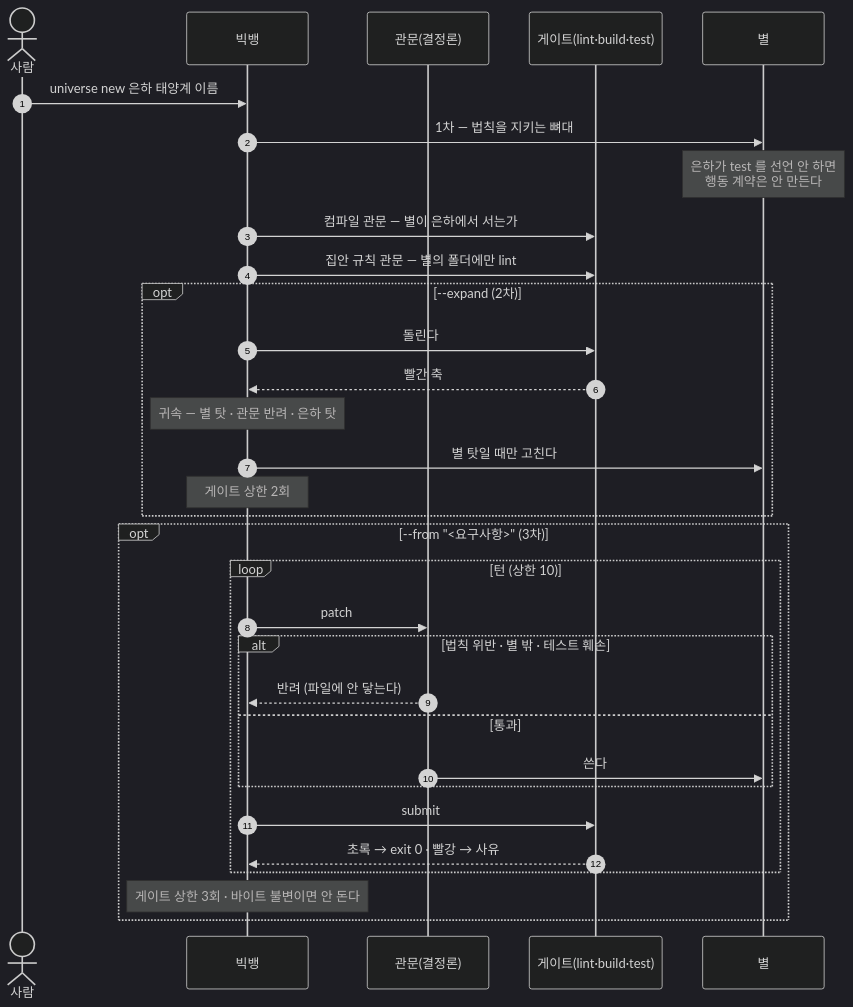
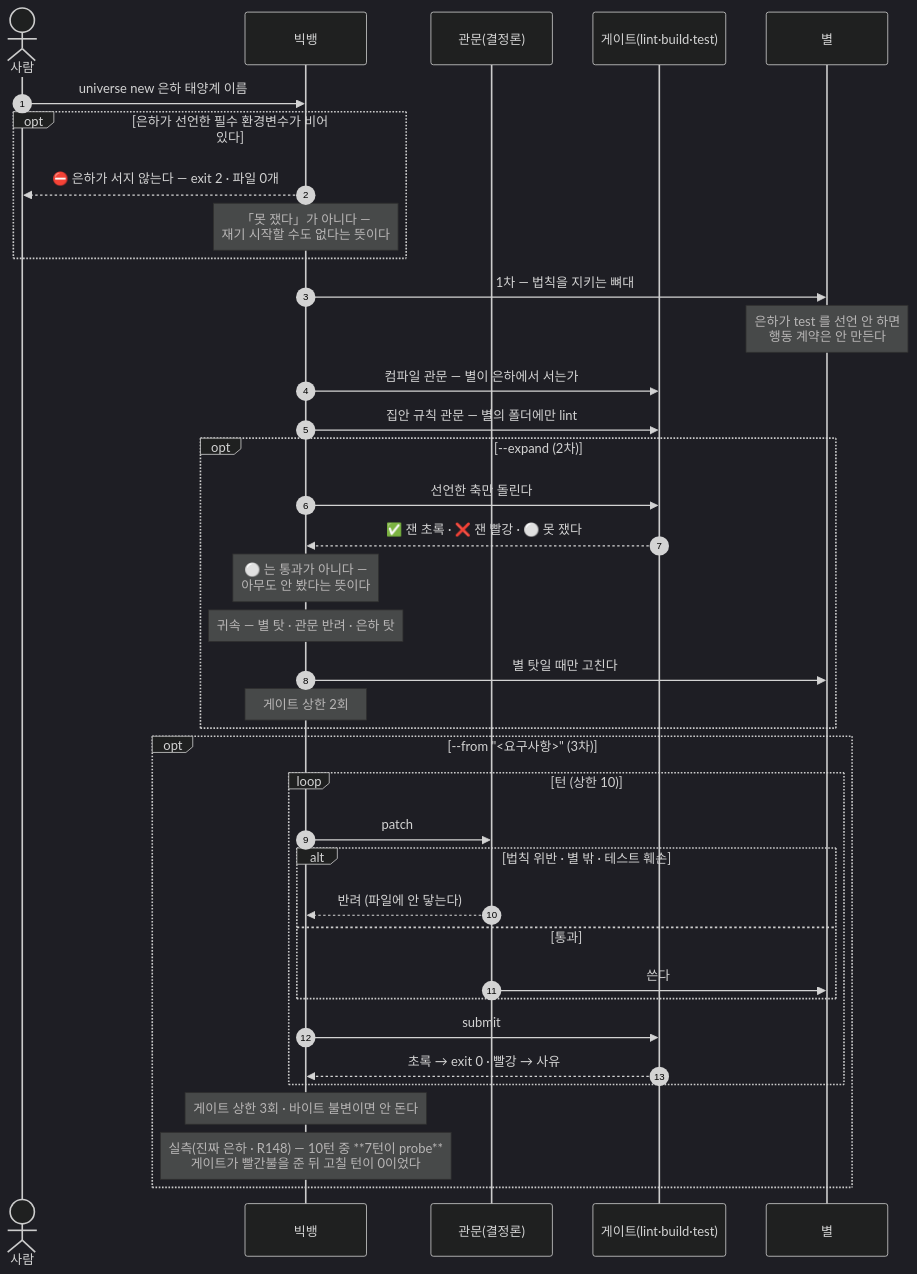
The second of 4 diagrams in docs/08-architecture.md (YuMyeongJun/universe-harness), drawn with Mermaid (dark theme) before and after one commit. The commit also changed other lines of this file and 3 other files, not shown here.

````diff
--- a/docs/08-architecture.md
+++ b/docs/08-architecture.md
@@ -74,37 +81,45 @@
 ```mermaid
 sequenceDiagram
   autonumber
   actor 사람
   participant 빅뱅
   participant 관문 as 관문(결정론)
   participant 게이트 as 게이트(lint·build·test)
   participant 별
 
   사람->>빅뱅: universe new 은하 태양계 이름
+
+  opt 은하가 선언한 필수 환경변수가 비어 있다
+    빅뱅-->>사람: ⛔ 은하가 서지 않는다 — exit 2 · 파일 0개
+    Note over 빅뱅: 「못 쟀다」가 아니다 —<br/>재기 시작할 수도 없다는 뜻이다
+  end
+
   빅뱅->>별: 1차 — 법칙을 지키는 뼈대
   Note over 별: 은하가 test 를 선언 안 하면<br/>행동 계약은 안 만든다
   빅뱅->>게이트: 컴파일 관문 — 별이 은하에서 서는가
   빅뱅->>게이트: 집안 규칙 관문 — 별의 폴더에만 lint
 
   opt --expand (2차)
-    빅뱅->>게이트: 돌린다
-    게이트-->>빅뱅: 빨간 축
+    빅뱅->>게이트: 선언한 축만 돌린다
+    게이트-->>빅뱅: ✅ 잰 초록 · ❌ 잰 빨강 · ⚪ 못 쟀다
+    Note over 빅뱅: ⚪ 는 통과가 아니다 —<br/>아무도 안 봤다는 뜻이다
     Note over 빅뱅: 귀속 — 별 탓 · 관문 반려 · 은하 탓
     빅뱅->>별: 별 탓일 때만 고친다
     Note over 빅뱅: 게이트 상한 2회
   end
 
   opt --from "<요구사항>" (3차)
     loop 턴 (상한 10)
       빅뱅->>관문: patch
       alt 법칙 위반 · 별 밖 · 테스트 훼손
         관문-->>빅뱅: 반려 (파일에 안 닿는다)
       else 통과
         관문->>별: 쓴다
       end
       빅뱅->>게이트: submit
       게이트-->>빅뱅: 초록 → exit 0 · 빨강 → 사유
     end
     Note over 빅뱅: 게이트 상한 3회 · 바이트 불변이면 안 돈다
+    Note over 빅뱅: 실측(진짜 은하 · R148) — 10턴 중 **7턴이 probe**<br/>게이트가 빨간불을 준 뒤 고칠 턴이 0이었다
   end
 ```
````
